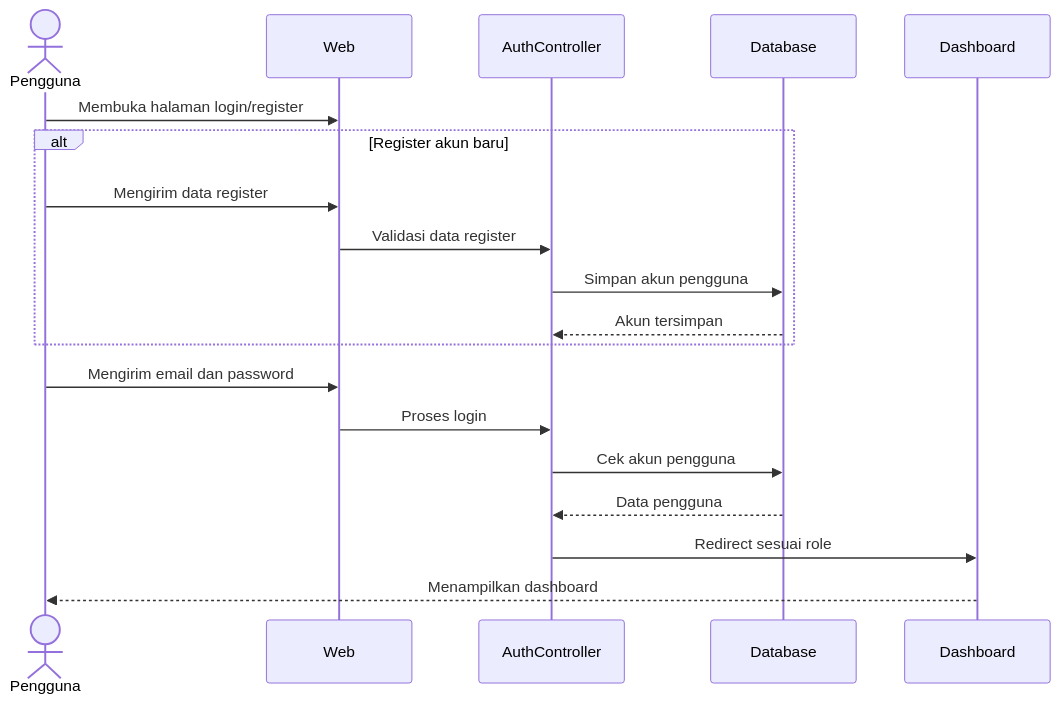
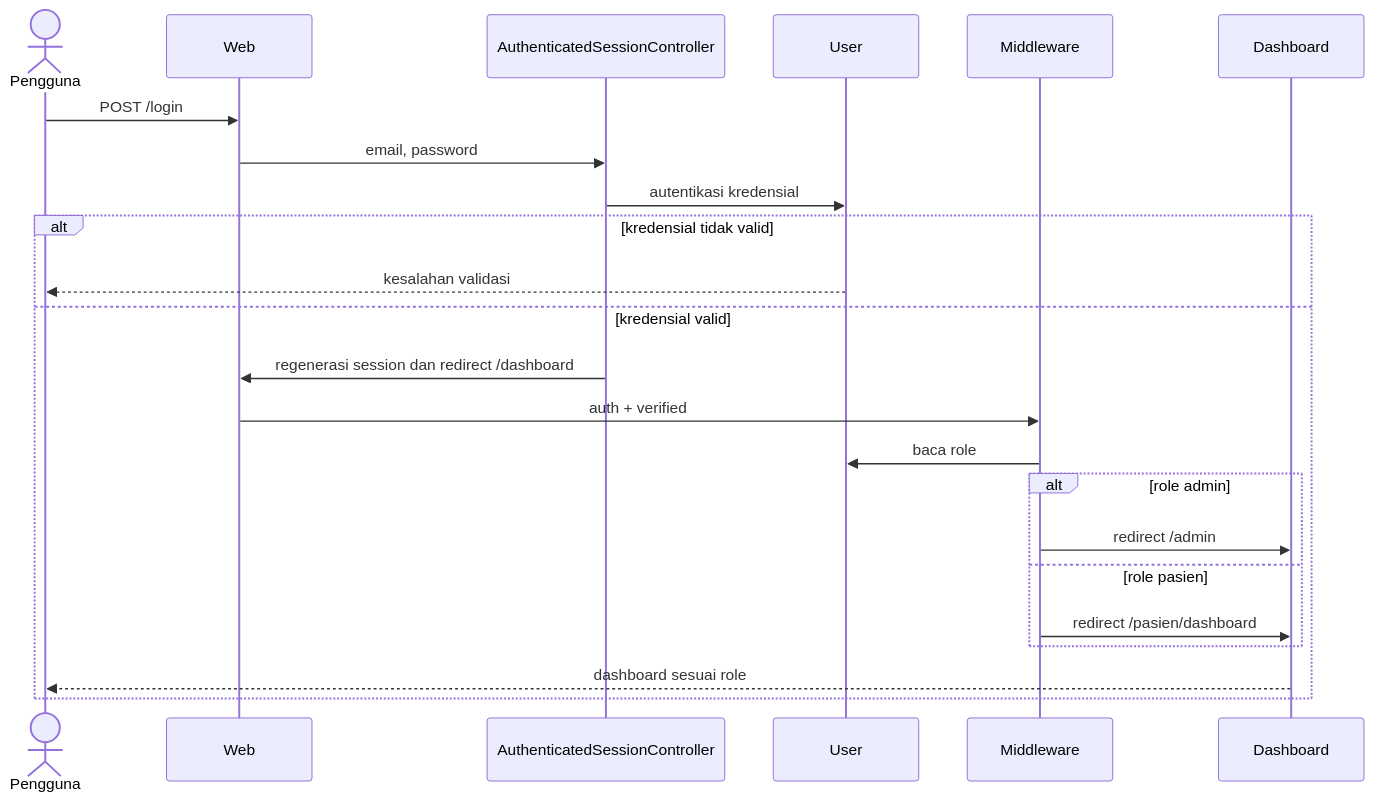
Before and after one commit to Faathir81/Sistem-Informasi-Klinik: the first of 7 diagrams in dokumentasi/spesifikasi-proyek/sequence-diagrams.md, drawn with Mermaid. The commit also changed other lines of this file and 5 other files, not shown here.

Commit message:
docs: align project specifications and diagrams with current implementation

````diff
--- a/dokumentasi/spesifikasi-proyek/sequence-diagrams.md
+++ b/dokumentasi/spesifikasi-proyek/sequence-diagrams.md
@@ -7,22 +7,26 @@
 ```mermaid
 sequenceDiagram
     actor Pengguna
     participant Web
-    participant AuthController
-    participant Database
+    participant Auth as AuthenticatedSessionController
+    participant User
+    participant Middleware
     participant Dashboard
 
-    Pengguna->>Web: Membuka halaman login/register
-    alt Register akun baru
-        Pengguna->>Web: Mengirim data register
-        Web->>AuthController: Validasi data register
-        AuthController->>Database: Simpan akun pengguna
-        Database-->>AuthController: Akun tersimpan
+    Pengguna->>Web: POST /login
+    Web->>Auth: email, password
+    Auth->>User: autentikasi kredensial
+    alt kredensial tidak valid
+        User-->>Pengguna: kesalahan validasi
+    else kredensial valid
+        Auth->>Web: regenerasi session dan redirect /dashboard
+        Web->>Middleware: auth + verified
+        Middleware->>User: baca role
+        alt role admin
+            Middleware->>Dashboard: redirect /admin
+        else role pasien
+            Middleware->>Dashboard: redirect /pasien/dashboard
+        end
+        Dashboard-->>Pengguna: dashboard sesuai role
     end
-    Pengguna->>Web: Mengirim email dan password
-    Web->>AuthController: Proses login
-    AuthController->>Database: Cek akun pengguna
-    Database-->>AuthController: Data pengguna
-    AuthController->>Dashboard: Redirect sesuai role
-    Dashboard-->>Pengguna: Menampilkan dashboard
 ```
````
